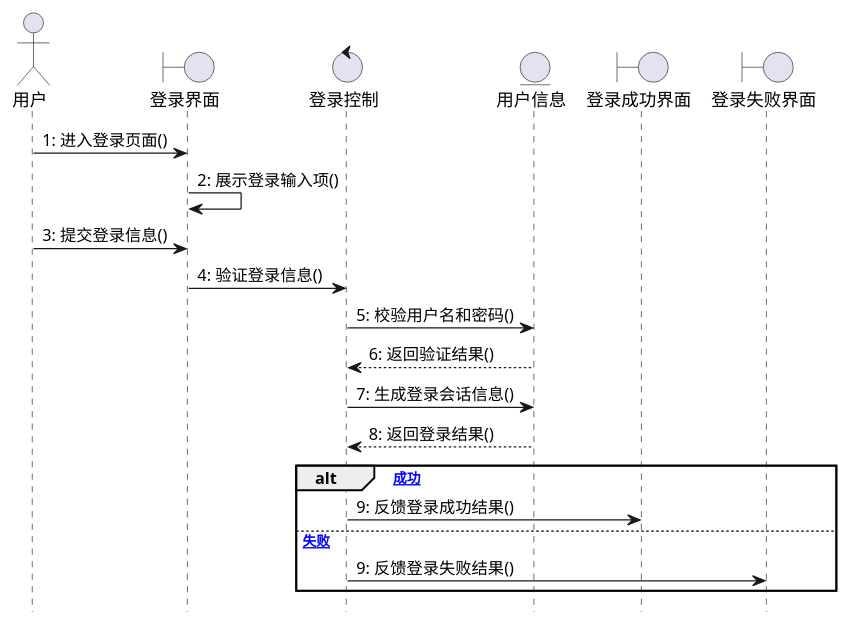
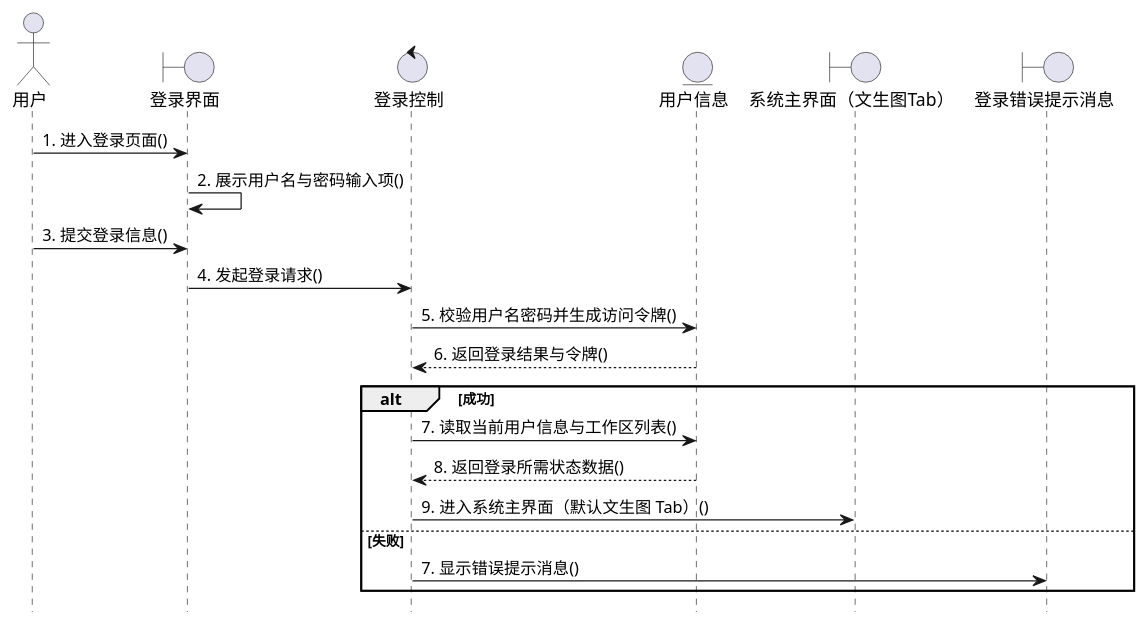
Before and after one commit to LyferLu/Artie: diagram 15 of 16 in doc/paper.md, drawn with PlantUML. The commit also changed other lines of this file, not shown here.

````diff
--- a/doc/paper.md
+++ b/doc/paper.md
@@ -1087,25 +1105,25 @@
 ```plantuml
 @startuml
 hide footbox
 actor 用户
 boundary "登录界面" as B13
 control "登录控制" as C13
 entity "用户信息" as E13
-boundary "登录成功界面" as BS13
-boundary "登录失败界面" as BF13
+boundary "系统主界面（文生图Tab）" as BS13
+boundary "登录错误提示消息" as BF13
 
-用户 -> B13 : 1: 进入登录页面()
-B13 -> B13 : 2: 展示登录输入项()
-用户 -> B13 : 3: 提交登录信息()
-B13 -> C13 : 4: 验证登录信息()
-C13 -> E13 : 5: 校验用户名和密码()
-E13 --> C13 : 6: 返回验证结果()
-C13 -> E13 : 7: 生成登录会话信息()
-E13 --> C13 : 8: 返回登录结果()
-alt [成功]
-  C13 -> BS13 : 9: 反馈登录成功结果()
-else [失败]
-  C13 -> BF13 : 9: 反馈登录失败结果()
+用户 -> B13 : 1. 进入登录页面()
+B13 -> B13 : 2. 展示用户名与密码输入项()
+用户 -> B13 : 3. 提交登录信息()
+B13 -> C13 : 4. 发起登录请求()
+C13 -> E13 : 5. 校验用户名密码并生成访问令牌()
+E13 --> C13 : 6. 返回登录结果与令牌()
+alt 成功
+  C13 -> E13 : 7. 读取当前用户信息与工作区列表()
+  E13 --> C13 : 8. 返回登录所需状态数据()
+  C13 -> BS13 : 9. 进入系统主界面（默认文生图 Tab）()
+else 失败
+  C13 -> BF13 : 7. 显示错误提示消息()
 end
 @enduml
 ```
````
